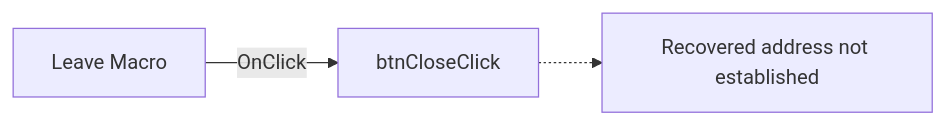
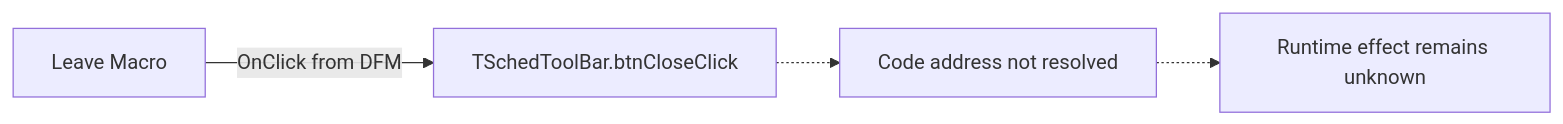
Before and after one commit to MovGP0/TIARA: the diagram in docs/ui-controls/schedtoolbar/btnclose-118ed38ff4.md, drawn with Mermaid. The commit also changed other lines of this file and 1062 other files, not shown here.

````diff
--- a/docs/ui-controls/schedtoolbar/btnclose-118ed38ff4.md
+++ b/docs/ui-controls/schedtoolbar/btnclose-118ed38ff4.md
@@ -27,5 +37,6 @@
 ```mermaid
 flowchart LR
-    control["Leave Macro"] -->|OnClick| handler["btnCloseClick"]
-    handler -.-> unresolved["Recovered address not established"]
+    control["Leave Macro"] -->|"OnClick from DFM"| handler["TSchedToolBar.btnCloseClick"]
+    handler -.-> gap["Code address not resolved"]
+    gap -.-> unknown["Runtime effect remains unknown"]
 ```
````
